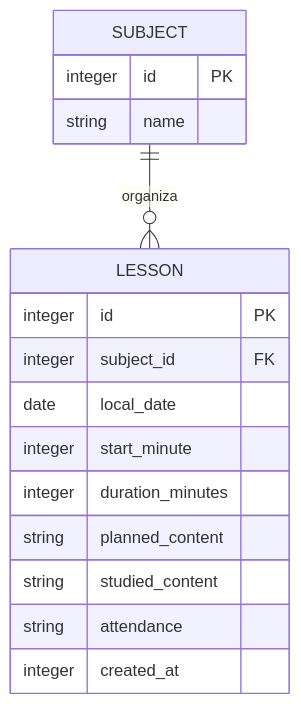
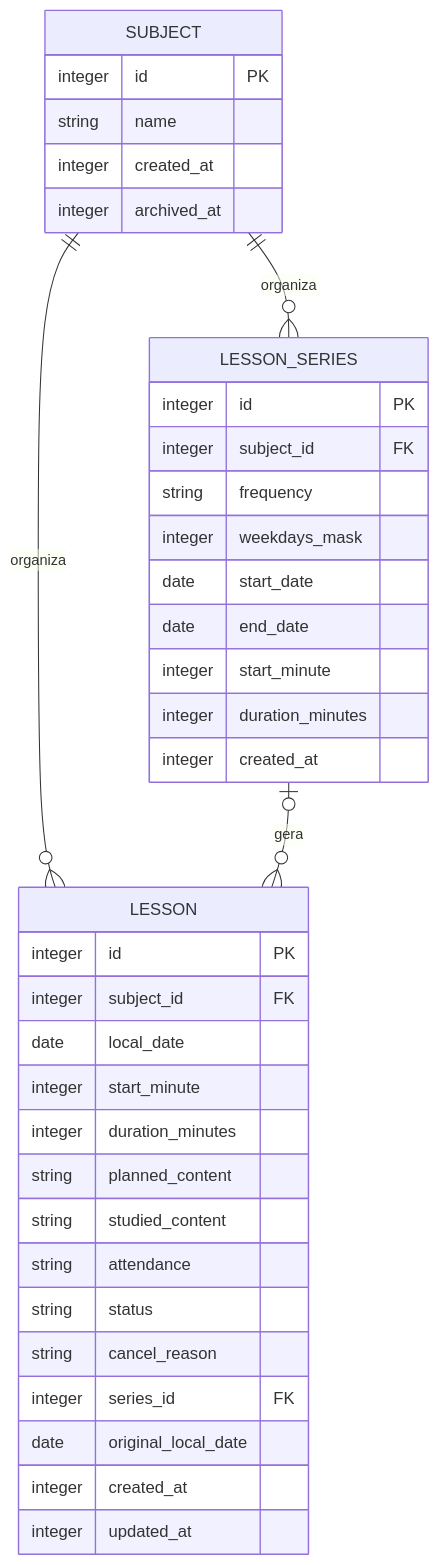
The diagram in docs/offline-first.md (MateusKraiewski/controle-aluno-app), drawn with Mermaid before and after one commit. The commit also changed other lines of this file and 5 other files, not shown here.

Commit message:
docs: record Phase 1 progress, schema v2 and QA evidence

````diff
--- a/docs/offline-first.md
+++ b/docs/offline-first.md
@@ -18,6 +18,9 @@
 ```mermaid
 erDiagram
   SUBJECT ||--o{ LESSON : organiza
-  SUBJECT { integer id PK string name }
-  LESSON { integer id PK integer subject_id FK date local_date integer start_minute integer duration_minutes string planned_content string studied_content string attendance integer created_at }
+  SUBJECT ||--o{ LESSON_SERIES : organiza
+  LESSON_SERIES |o--o{ LESSON : gera
+  SUBJECT { integer id PK string name integer created_at integer archived_at }
+  LESSON_SERIES { integer id PK integer subject_id FK string frequency integer weekdays_mask date start_date date end_date integer start_minute integer duration_minutes integer created_at }
+  LESSON { integer id PK integer subject_id FK date local_date integer start_minute integer duration_minutes string planned_content string studied_content string attendance string status string cancel_reason integer series_id FK date original_local_date integer created_at integer updated_at }
 ```
````
